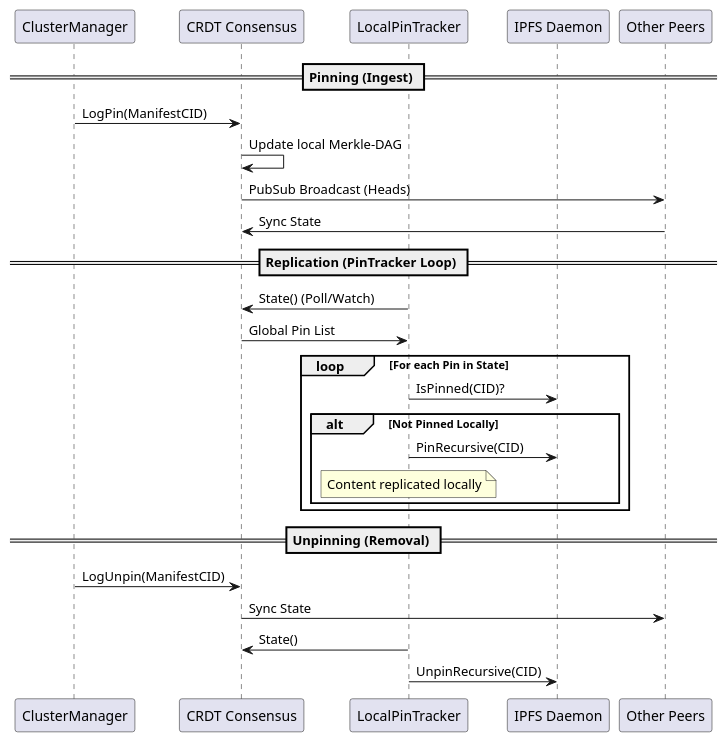
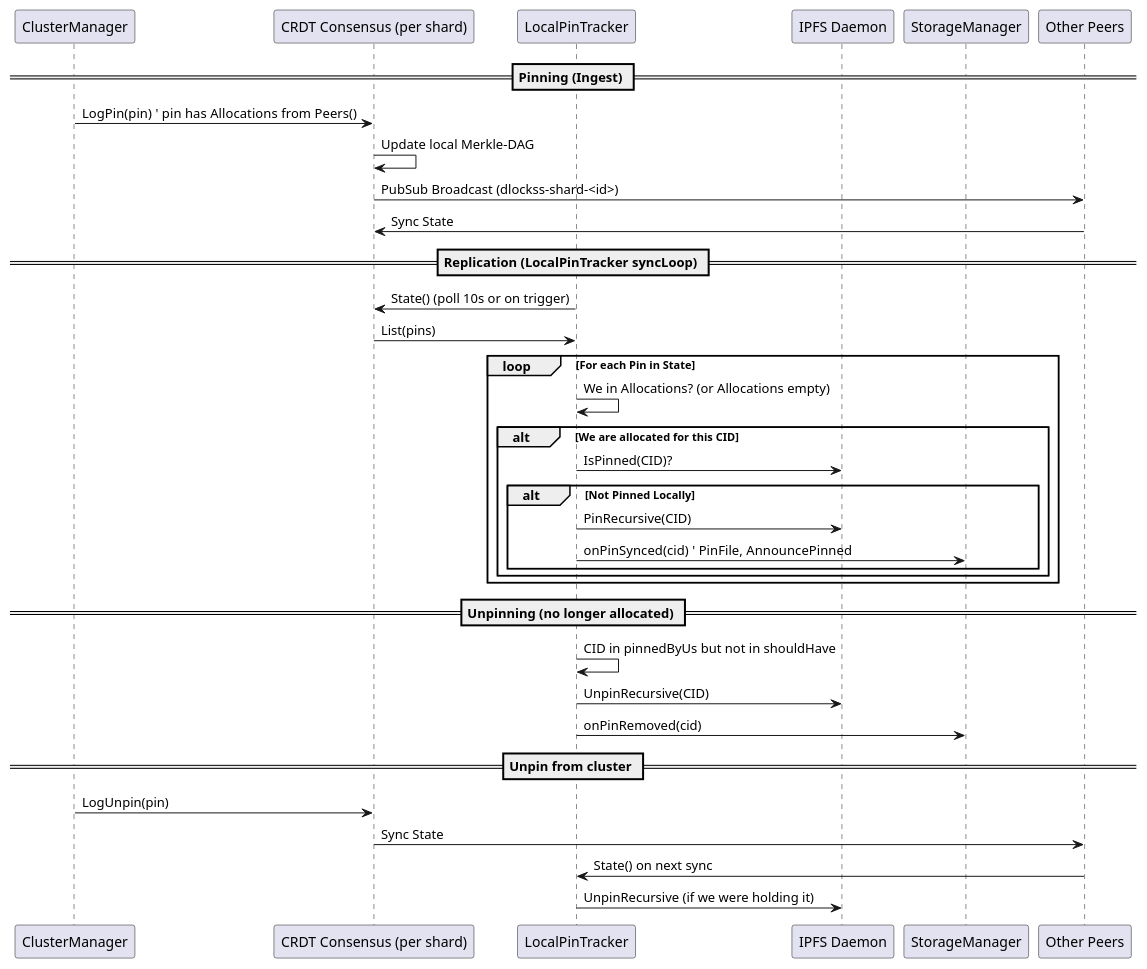
The diagram in docs/replication_check_sequence.puml (gipplab/D-LOCKSS), drawn with PlantUML before and after one commit. The commit also changed 22 other files, not shown here.

```diff
--- a/docs/replication_check_sequence.puml
+++ b/docs/replication_check_sequence.puml
@@ -1,36 +1,46 @@
 @startuml Cluster State Sync Sequence
 
 participant "ClusterManager" as ClusterMgr
-participant "CRDT Consensus" as CRDT
+participant "CRDT Consensus (per shard)" as CRDT
 participant "LocalPinTracker" as PinTracker
 participant "IPFS Daemon" as IPFS
+participant "StorageManager" as Storage
 participant "Other Peers" as Peers
 
 == Pinning (Ingest) ==
 
-ClusterMgr -> CRDT: LogPin(ManifestCID)
+ClusterMgr -> CRDT: LogPin(pin)  ' pin has Allocations from Peers()
 CRDT -> CRDT: Update local Merkle-DAG
-CRDT -> Peers: PubSub Broadcast (Heads)
+CRDT -> Peers: PubSub Broadcast (dlockss-shard-<id>)
 Peers -> CRDT: Sync State
 
-== Replication (PinTracker Loop) ==
+== Replication (LocalPinTracker syncLoop) ==
 
-PinTracker -> CRDT: State() (Poll/Watch)
-CRDT -> PinTracker: Global Pin List
+PinTracker -> CRDT: State() (poll 10s or on trigger)
+CRDT -> PinTracker: List(pins)
 
 loop For each Pin in State
-    PinTracker -> IPFS: IsPinned(CID)?
-    alt Not Pinned Locally
-        PinTracker -> IPFS: PinRecursive(CID)
-        Note over PinTracker: Content replicated locally
+    PinTracker -> PinTracker: We in Allocations? (or Allocations empty)
+    alt We are allocated for this CID
+        PinTracker -> IPFS: IsPinned(CID)?
+        alt Not Pinned Locally
+            PinTracker -> IPFS: PinRecursive(CID)
+            PinTracker -> Storage: onPinSynced(cid)  ' PinFile, AnnouncePinned
+        end
     end
 end
 
-== Unpinning (Removal) ==
+== Unpinning (no longer allocated) ==
 
-ClusterMgr -> CRDT: LogUnpin(ManifestCID)
+PinTracker -> PinTracker: CID in pinnedByUs but not in shouldHave
+PinTracker -> IPFS: UnpinRecursive(CID)
+PinTracker -> Storage: onPinRemoved(cid)
+
+== Unpin from cluster ==
+
+ClusterMgr -> CRDT: LogUnpin(pin)
 CRDT -> Peers: Sync State
-PinTracker -> CRDT: State()
-PinTracker -> IPFS: UnpinRecursive(CID)
+Peers -> PinTracker: State() on next sync
+PinTracker -> IPFS: UnpinRecursive (if we were holding it)
 
 @enduml
```
